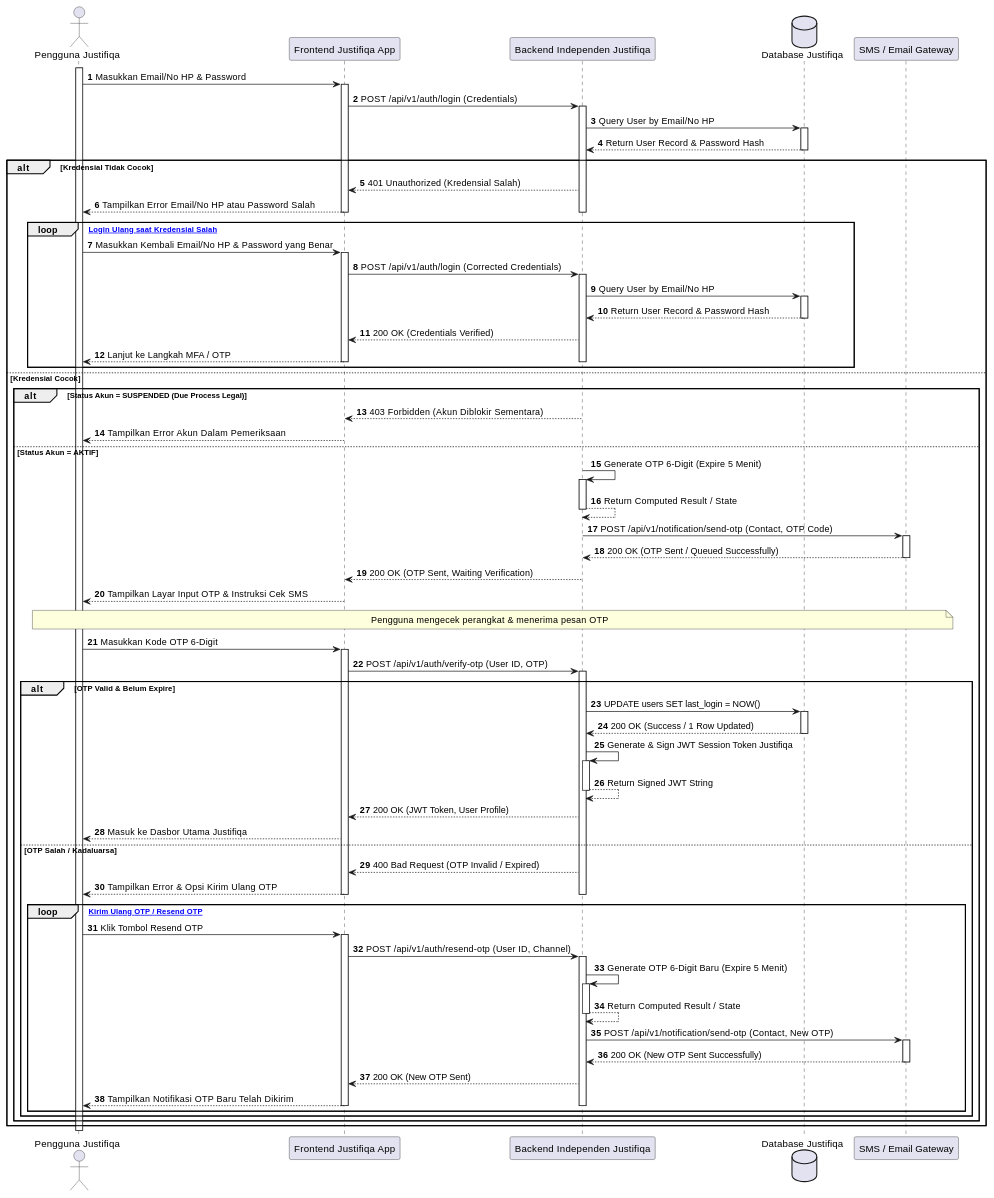
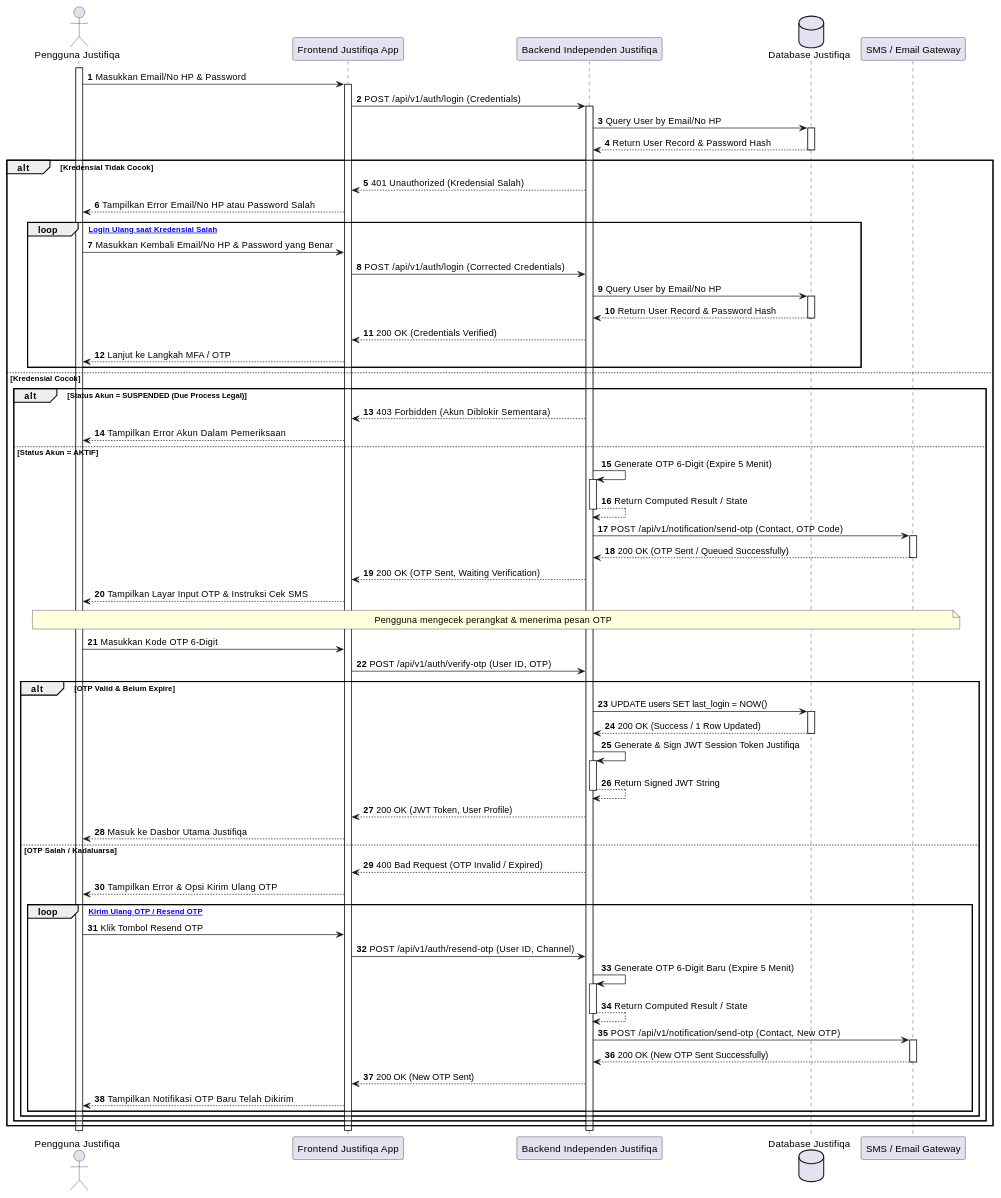
Before and after one commit to tupperwureism/SuperApp-Gagal: the second of 27 diagrams in MarkDown/plantuml_sequence_diagrams.md, drawn with PlantUML. The commit also changed other lines of this file and 3 other files, not shown here.

Commit message:
fix(uml): enforce Continuous Activation Rule across alt/else/loop branches in SD-J-01, SD-Q-01, SD-J-02, SD-Q-02, SD-J-04, SD-Q-04, and SD-J-07 by removing premature deactivations and standalone activates

```diff
--- a/MarkDown/plantuml_sequence_diagrams.md
+++ b/MarkDown/plantuml_sequence_diagrams.md
@@ -100,22 +94,16 @@
 alt Kredensial Tidak Cocok
     BE --> FE : 401 Unauthorized (Kredensial Salah)
     FE --> User : Tampilkan Error Email/No HP atau Password Salah
-    deactivate BE
-    deactivate FE
     
     loop [Mencoba Login Ulang saat Kredensial Salah]
-        User -> FE ++ : Masukkan Kembali Email/No HP & Password yang Benar
-        FE -> BE ++ : POST /api/v1/auth/login (Corrected Credentials)
+        User -> FE : Masukkan Kembali Email/No HP & Password yang Benar
+        FE -> BE : POST /api/v1/auth/login (Corrected Credentials)
         BE -> DB ++ : Query User by Email/No HP
         DB --> BE -- : Return User Record & Password Hash
         BE --> FE : 200 OK (Credentials Verified)
         FE --> User : Lanjut ke Langkah MFA / OTP
-        deactivate BE
-        deactivate FE
     end
 else Kredensial Cocok
-    activate BE
-    activate FE
     alt Status Akun = SUSPENDED (Due Process Legal)
         BE --> FE : 403 Forbidden (Akun Diblokir Sementara)
         FE --> User : Tampilkan Error Akun Dalam Pemeriksaan
@@ -128,8 +116,8 @@
         FE --> User : Tampilkan Layar Input OTP & Instruksi Cek SMS
         note over User, SMS : Pengguna mengecek perangkat & menerima pesan OTP
         
-        User -> FE ++ : Masukkan Kode OTP 6-Digit
-        FE -> BE ++ : POST /api/v1/auth/verify-otp (User ID, OTP)
+        User -> FE : Masukkan Kode OTP 6-Digit
+        FE -> BE : POST /api/v1/auth/verify-otp (User ID, OTP)
         
         alt OTP Valid & Belum Expire
             BE -> DB ++ : UPDATE users SET last_login = NOW()
@@ -141,24 +129,18 @@
         else OTP Salah / Kadaluarsa
             BE --> FE : 400 Bad Request (OTP Invalid / Expired)
             FE --> User : Tampilkan Error & Opsi Kirim Ulang OTP
-            deactivate BE
-            deactivate FE
             
             loop [Minta Kirim Ulang OTP / Resend OTP]
-                User -> FE ++ : Klik Tombol Resend OTP
-                FE -> BE ++ : POST /api/v1/auth/resend-otp (User ID, Channel)
+                User -> FE : Klik Tombol Resend OTP
+                FE -> BE : POST /api/v1/auth/resend-otp (User ID, Channel)
                 BE -> BE ++ : Generate OTP 6-Digit Baru (Expire 5 Menit)
                 BE --> BE -- : Return Computed Result / State
                 BE -> SMS ++ : POST /api/v1/notification/send-otp (Contact, New OTP)
                 SMS --> BE -- : 200 OK (New OTP Sent Successfully)
                 BE --> FE : 200 OK (New OTP Sent)
                 FE --> User : Tampilkan Notifikasi OTP Baru Telah Dikirim
-                deactivate BE
-                deactivate FE
             end
         end
-        deactivate BE
-        deactivate FE
     end
 end
 deactivate BE
```
